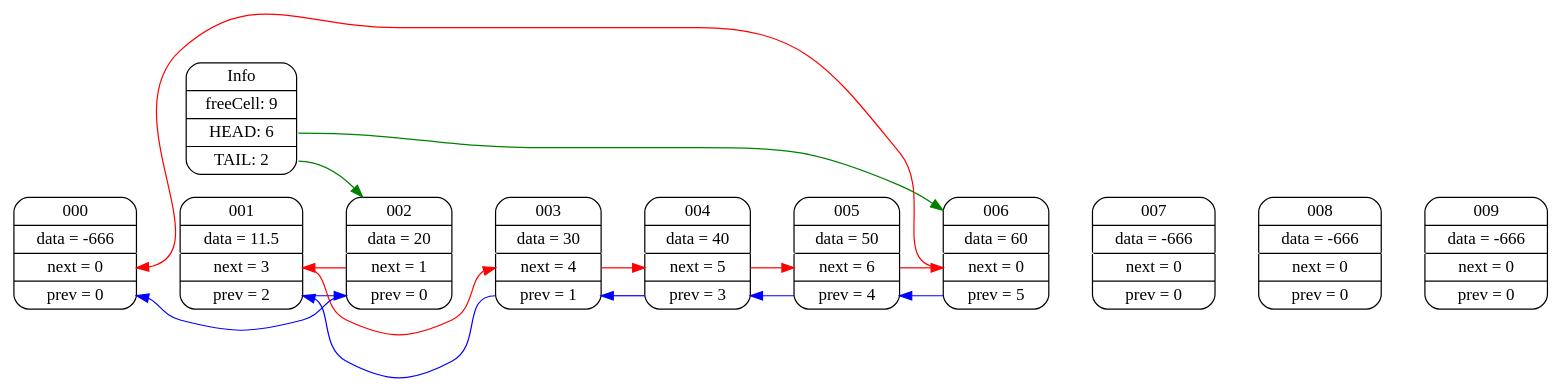
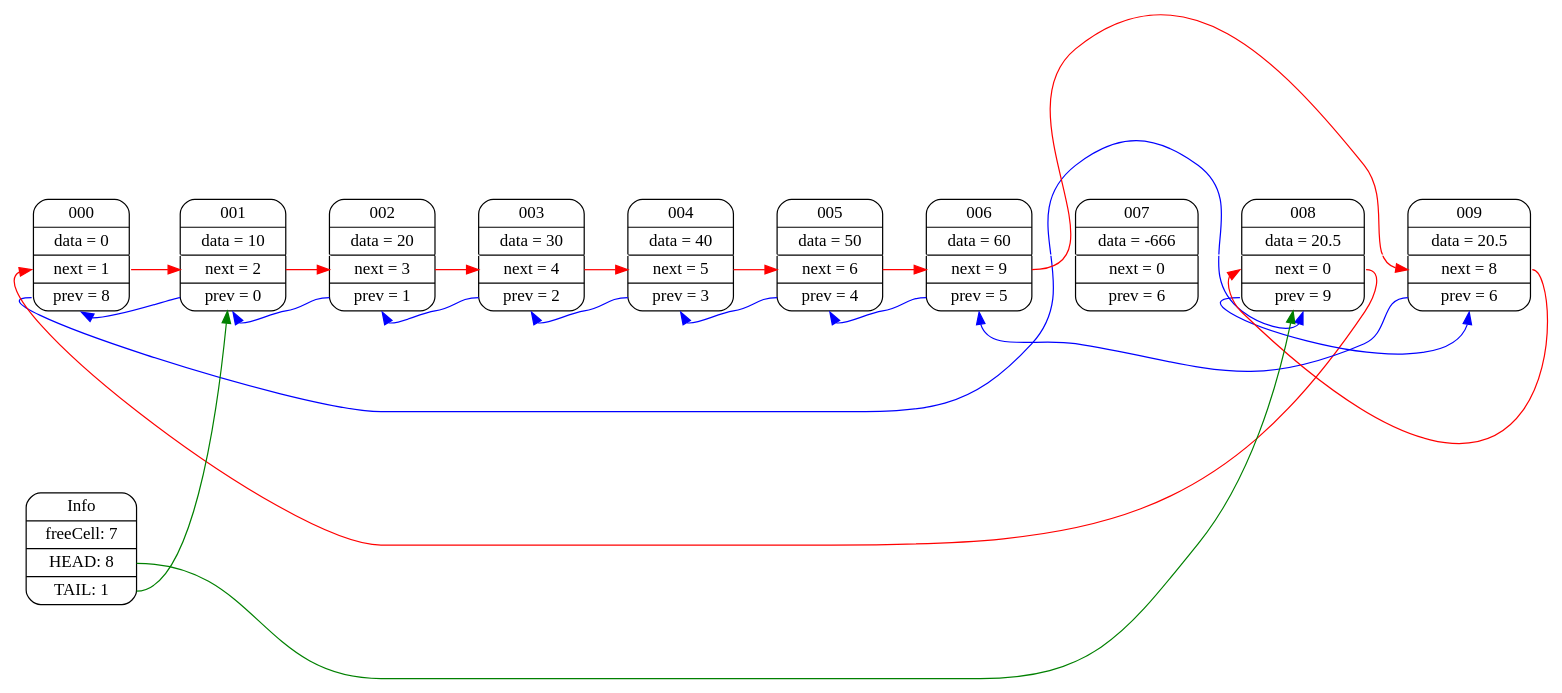
Before and after one commit to Matvey787/myArray: the diagram in tree.dot, drawn with Graphviz. The commit also changed 14 other files, not shown here.

```diff
--- a/tree.dot
+++ b/tree.dot
@@ -1,42 +1,52 @@
 digraph
-{
-rankdir=LR;
-node000 [shape=Mrecord label= " 000 | data = -666 | <n0_n> next = 0 | <n0_p> prev = 0 " ];
-node001 [shape=Mrecord label= " 001 | data = 11.5 | <n1_n> next = 3 | <n1_p> prev = 2 " ];
-node002 [shape=Mrecord label= " 002 | data = 20 | <n2_n> next = 1 | <n2_p> prev = 0 " ];
-node003 [shape=Mrecord label= " 003 | data = 30 | <n3_n> next = 4 | <n3_p> prev = 1 " ];
+{ 
+                    rankdir=LR; 
+                    overlap=false; 
+                    splines=true; 
+                    nodesep=0.75; 
+                    ranksep=0.5;
+node000 [shape=Mrecord label= " 000 | data = 0 | <n0_n> next = 1 | <n0_p> prev = 8 " ];
+node001 [shape=Mrecord label= " 001 | data = 10 | <n1_n> next = 2 | <n1_p> prev = 0 " ];
+node002 [shape=Mrecord label= " 002 | data = 20 | <n2_n> next = 3 | <n2_p> prev = 1 " ];
+node003 [shape=Mrecord label= " 003 | data = 30 | <n3_n> next = 4 | <n3_p> prev = 2 " ];
 node004 [shape=Mrecord label= " 004 | data = 40 | <n4_n> next = 5 | <n4_p> prev = 3 " ];
 node005 [shape=Mrecord label= " 005 | data = 50 | <n5_n> next = 6 | <n5_p> prev = 4 " ];
-node006 [shape=Mrecord label= " 006 | data = 60 | <n6_n> next = 0 | <n6_p> prev = 5 " ];
-node007 [shape=Mrecord label= " 007 | data = -666 | <n7_n> next = 0 | <n7_p> prev = 0 " ];
-node008 [shape=Mrecord label= " 008 | data = -666 | <n8_n> next = 0 | <n8_p> prev = 0 " ];
-node009 [shape=Mrecord label= " 009 | data = -666 | <n9_n> next = 0 | <n9_p> prev = 0 " ];
+node006 [shape=Mrecord label= " 006 | data = 60 | <n6_n> next = 9 | <n6_p> prev = 5 " ];
+node007 [shape=Mrecord label= " 007 | data = -666 | <n7_n> next = 0 | <n7_p> prev = 6 " ];
+node008 [shape=Mrecord label= " 008 | data = 20.5 | <n8_n> next = 0 | <n8_p> prev = 9 " ];
+node009 [shape=Mrecord label= " 009 | data = 20.5 | <n9_n> next = 8 | <n9_p> prev = 6 " ];
 
-info [shape=Mrecord label= " Info | freeCell: 9 | <info_h> HEAD: 6 | <info_t> TAIL: 2 " ];
-info:<info_h> -> node006 [ color = green; ]
-info:<info_t> -> node002 [ color = green; ]
+info [shape=Mrecord label= " Info | freeCell: 7 | <info_h> HEAD: 8 | <info_t> TAIL: 1 " ];
+info:<info_h> -> node008 [ color = green; ]
+info:<info_t> -> node001 [ color = green; ]
 
-node000 -> node001 [ weight = 1000; color = white; ]
-node001 -> node002 [ weight = 1000; color = white; ]
-node002 -> node003 [ weight = 1000; color = white; ]
-node003 -> node004 [ weight = 1000; color = white; ]
-node004 -> node005 [ weight = 1000; color = white; ]
-node005 -> node006 [ weight = 1000; color = white; ]
-node006 -> node007 [ weight = 1000; color = white; ]
-node007 -> node008 [ weight = 1000; color = white; ]
-node008 -> node009 [ weight = 1000; color = white; ]
+node000 -> node001 [ weight = 10; color = white; ]
+node001 -> node002 [ weight = 10; color = white; ]
+node002 -> node003 [ weight = 10; color = white; ]
+node003 -> node004 [ weight = 10; color = white; ]
+node004 -> node005 [ weight = 10; color = white; ]
+node005 -> node006 [ weight = 10; color = white; ]
+node006 -> node007 [ weight = 10; color = white; ]
+node007 -> node008 [ weight = 10; color = white; ]
+node008 -> node009 [ weight = 10; color = white; ]
 
-node001:<n1_p> -> node002:<n2_p> [ color = blue; ]
-node002:<n2_p> -> node000:<n0_p> [ color = blue; ]
-node003:<n3_p> -> node001:<n1_p> [ color = blue; ]
-node004:<n4_p> -> node003:<n3_p> [ color = blue; ]
-node005:<n5_p> -> node004:<n4_p> [ color = blue; ]
-node006:<n6_p> -> node005:<n5_p> [ color = blue; ]
+node000:<n0_p>:w -> node008:<n8_p>:s [ color = blue; minlen=2; constraint=false; ]
+node001:<n1_p>:w -> node000:<n0_p>:s [ color = blue; minlen=2; constraint=false; ]
+node002:<n2_p>:w -> node001:<n1_p>:s [ color = blue; minlen=2; constraint=false; ]
+node003:<n3_p>:w -> node002:<n2_p>:s [ color = blue; minlen=2; constraint=false; ]
+node004:<n4_p>:w -> node003:<n3_p>:s [ color = blue; minlen=2; constraint=false; ]
+node005:<n5_p>:w -> node004:<n4_p>:s [ color = blue; minlen=2; constraint=false; ]
+node006:<n6_p>:w -> node005:<n5_p>:s [ color = blue; minlen=2; constraint=false; ]
+node008:<n8_p>:w -> node009:<n9_p>:s [ color = blue; minlen=2; constraint=false; ]
+node009:<n9_p>:w -> node006:<n6_p>:s [ color = blue; minlen=2; constraint=false; ]
 
-node001:<n1_n> -> node003:<n3_n> [ color = red; ]
-node002:<n2_n> -> node001:<n1_n> [ color = red; ]
-node003:<n3_n> -> node004:<n4_n> [ color = red; ]
-node004:<n4_n> -> node005:<n5_n> [ color = red; ]
-node005:<n5_n> -> node006:<n6_n> [ color = red; ]
-node006:<n6_n> -> node000:<n0_n> [ color = red; ]
+node000:<n0_n>:e -> node001:<n1_n>:w [ color = red; minlen=2; constraint=false; ]
+node001:<n1_n>:e -> node002:<n2_n>:w [ color = red; minlen=2; constraint=false; ]
+node002:<n2_n>:e -> node003:<n3_n>:w [ color = red; minlen=2; constraint=false; ]
+node003:<n3_n>:e -> node004:<n4_n>:w [ color = red; minlen=2; constraint=false; ]
+node004:<n4_n>:e -> node005:<n5_n>:w [ color = red; minlen=2; constraint=false; ]
+node005:<n5_n>:e -> node006:<n6_n>:w [ color = red; minlen=2; constraint=false; ]
+node006:<n6_n>:e -> node009:<n9_n>:w [ color = red; minlen=2; constraint=false; ]
+node008:<n8_n>:e -> node000:<n0_n>:w [ color = red; minlen=2; constraint=false; ]
+node009:<n9_n>:e -> node008:<n8_n>:w [ color = red; minlen=2; constraint=false; ]
 }
```
